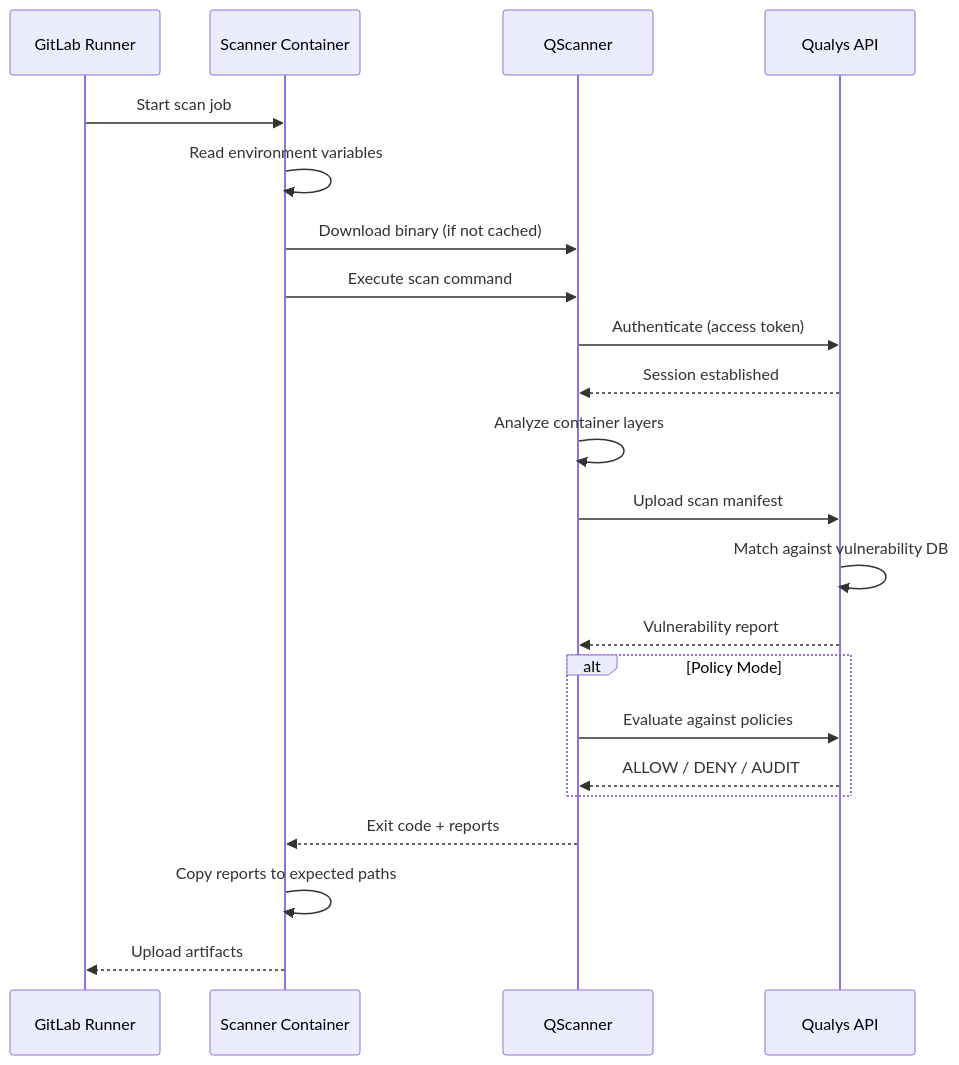
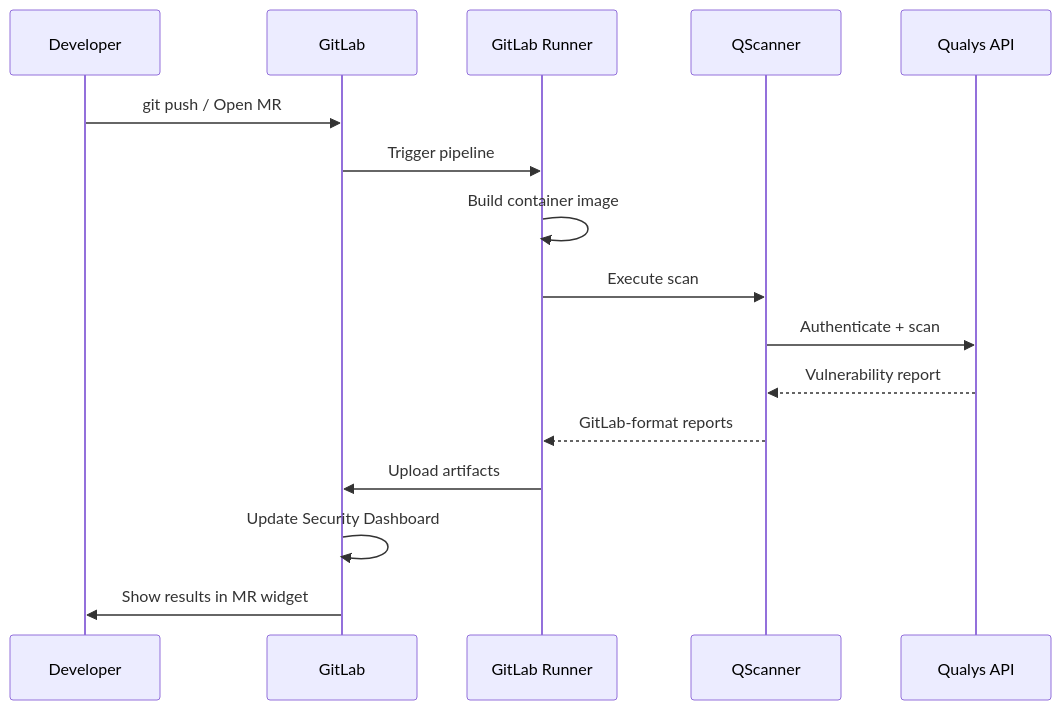
The third of 9 diagrams in docs/blog-technical-architecture.md (nelssec/qualys-gitlab), drawn with Mermaid before and after one commit. The commit also changed other lines of this file and 43 other files, not shown here.

````diff
--- a/docs/blog-technical-architecture.md
+++ b/docs/blog-technical-architecture.md
@@ -129,29 +113,19 @@
 ```mermaid
 sequenceDiagram
-    participant GL as GitLab Runner
-    participant SC as Scanner Container
+    participant Dev as Developer
+    participant GL as GitLab
+    participant Runner as GitLab Runner
     participant QS as QScanner
     participant API as Qualys API
 
-    GL->>SC: Start scan job
-    SC->>SC: Read environment variables
-    SC->>QS: Download binary (if not cached)
-    SC->>QS: Execute scan command
-
-    QS->>API: Authenticate (access token)
-    API-->>QS: Session established
-
-    QS->>QS: Analyze container layers
-    QS->>API: Upload scan manifest
-    API->>API: Match against vulnerability DB
+    Dev->>GL: git push / Open MR
+    GL->>Runner: Trigger pipeline
+    Runner->>Runner: Build container image
+    Runner->>QS: Execute scan
+    QS->>API: Authenticate + scan
     API-->>QS: Vulnerability report
-
-    alt Policy Mode
-        QS->>API: Evaluate against policies
-        API-->>QS: ALLOW / DENY / AUDIT
-    end
-
-    QS-->>SC: Exit code + reports
-    SC->>SC: Copy reports to expected paths
-    SC-->>GL: Upload artifacts
+    QS-->>Runner: GitLab-format reports
+    Runner->>GL: Upload artifacts
+    GL->>GL: Update Security Dashboard
+    GL->>Dev: Show results in MR widget
 ```
````
